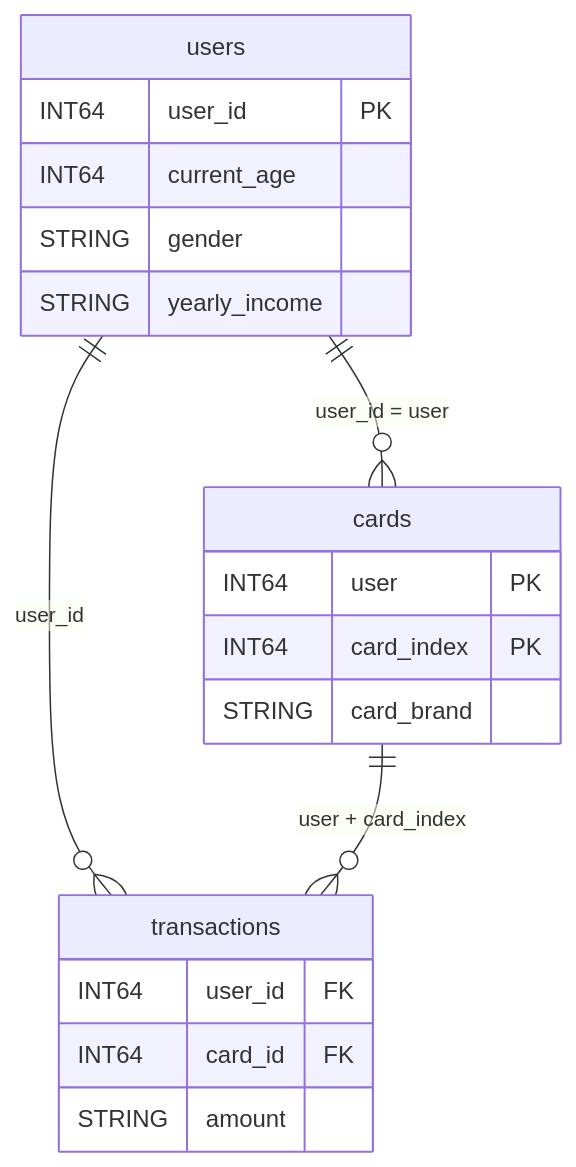
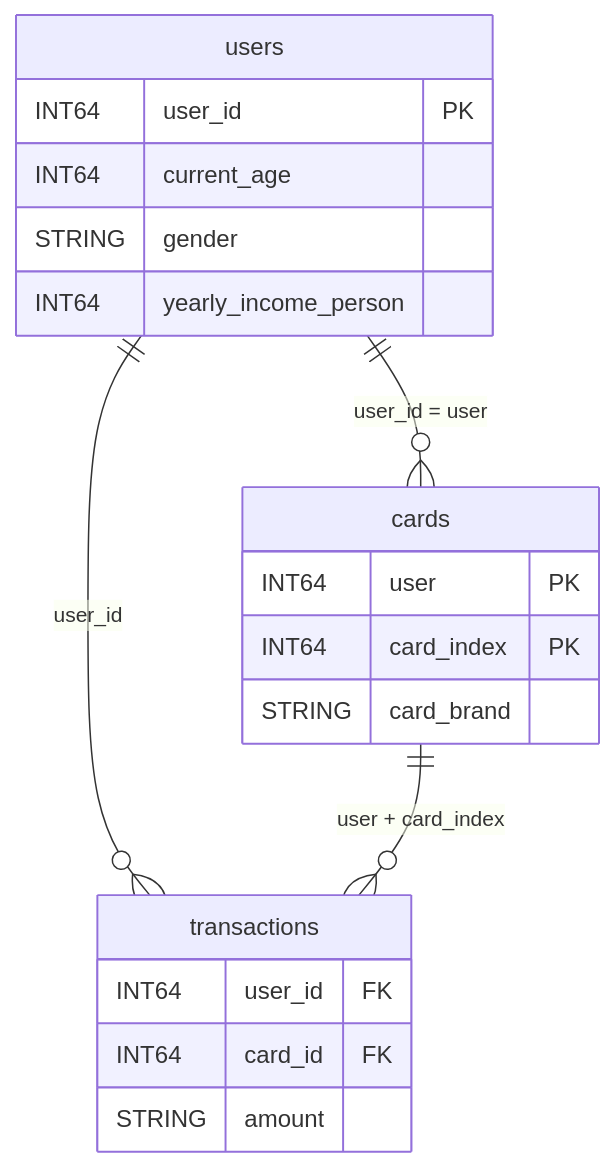
The diagram in docs/week3/lecture.md (Eunjung-Cho/bdai13-bigquery), drawn with Mermaid before and after one commit. The commit also changed other lines of this file and 33 other files, not shown here.

````diff
--- a/docs/week3/lecture.md
+++ b/docs/week3/lecture.md
@@ -31,22 +31,22 @@
 ```mermaid
 erDiagram
     users ||--o{ cards : "user_id = user"
     users ||--o{ transactions : "user_id"
     cards ||--o{ transactions : "user + card_index"
     users {
         INT64 user_id PK
         INT64 current_age
         STRING gender
-        STRING yearly_income
+        INT64 yearly_income_person
     }
     cards {
         INT64 user PK
         INT64 card_index PK
         STRING card_brand
     }
     transactions {
         INT64 user_id FK
         INT64 card_id FK
         STRING amount
     }
 ```
````
